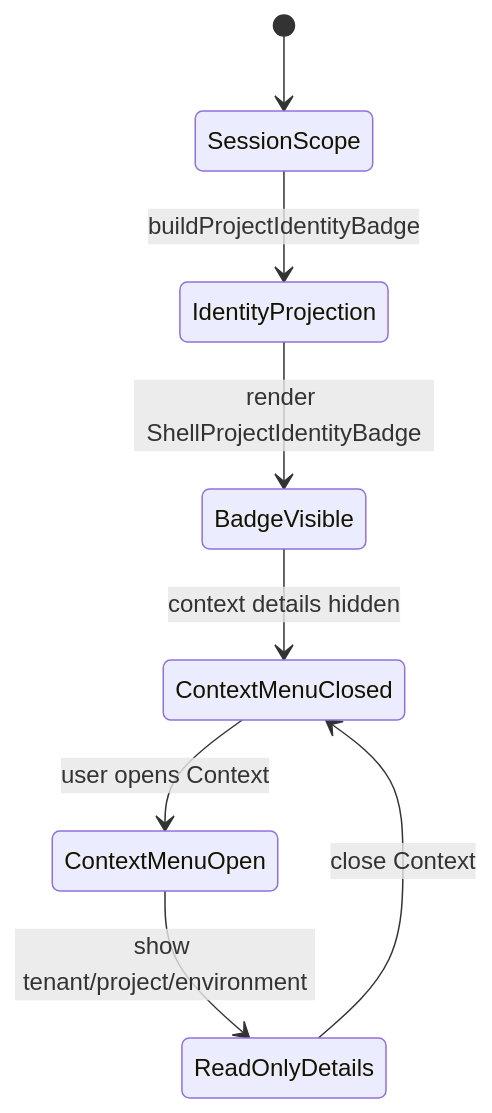
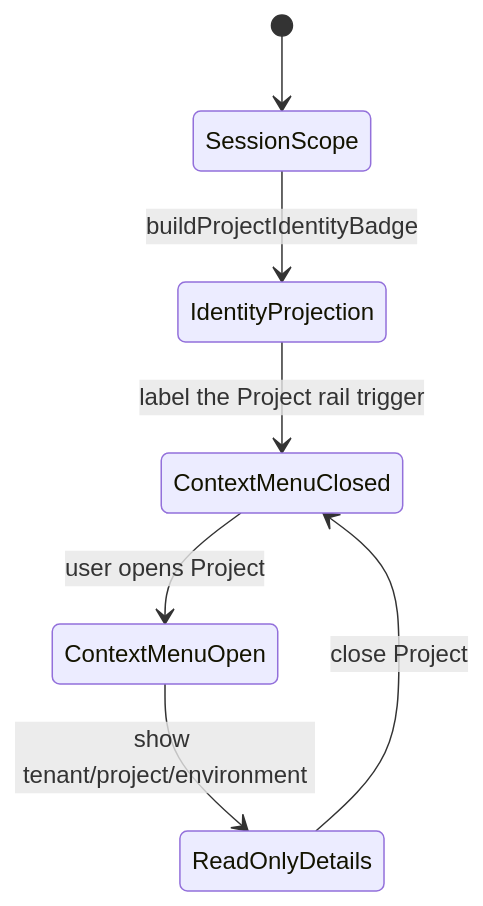
Before and after one commit to dunay2/dvt: the first of 4 diagrams in docs/architecture/components/web/appshell/shell-workspace-context-component.md, drawn with Mermaid. The commit also changed other lines of this file and 58 other files, not shown here.

Commit message:
refactor(web): Consolidate project settings in the rail and file actions in Code (#3845)

````diff
--- a/docs/architecture/components/web/appshell/shell-workspace-context-component.md
+++ b/docs/architecture/components/web/appshell/shell-workspace-context-component.md
@@ -62,10 +61,9 @@
 ```mermaid
 stateDiagram-v2
   [*] --> SessionScope
   SessionScope --> IdentityProjection: buildProjectIdentityBadge
-  IdentityProjection --> BadgeVisible: render ShellProjectIdentityBadge
-  BadgeVisible --> ContextMenuClosed: context details hidden
-  ContextMenuClosed --> ContextMenuOpen: user opens Context
+  IdentityProjection --> ContextMenuClosed: label the Project rail trigger
+  ContextMenuClosed --> ContextMenuOpen: user opens Project
   ContextMenuOpen --> ReadOnlyDetails: show tenant/project/environment
-  ReadOnlyDetails --> ContextMenuClosed: close Context
+  ReadOnlyDetails --> ContextMenuClosed: close Project
 ```
````
